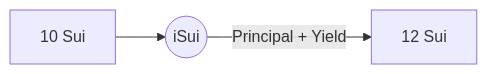
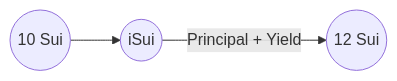
The first of 2 diagrams in README.md (interest-protocol/interest-lst), drawn with Mermaid before and after one commit. The commit also changed other lines of this file and 3 other files, not shown here.

````diff
--- a/README.md
+++ b/README.md
@@ -35,5 +35,5 @@
 ```mermaid
 graph LR
-A[10 Sui] --> B((iSui))
-B -- Principal + Yield --> C[12 Sui]
+A((10 Sui)) --> B((iSui))
+B -- Principal + Yield --> C((12 Sui))
 ```
````
